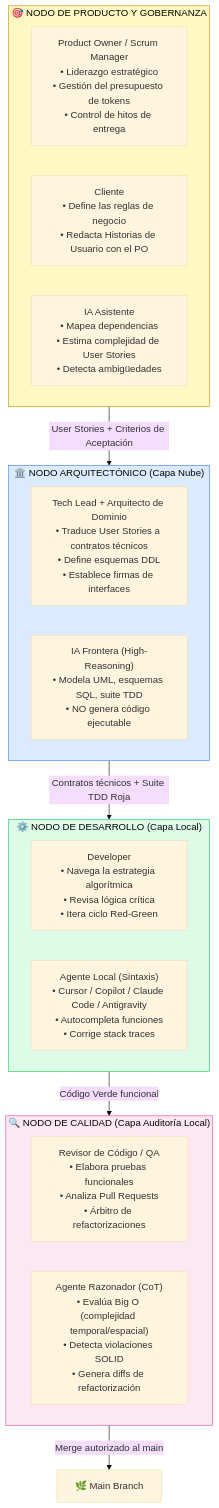
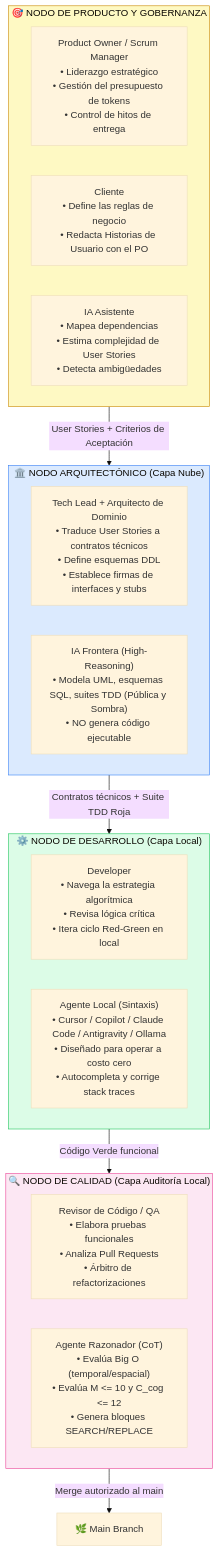
One commit to brunoguzman-dev/H-AXP changed the second of 2 diagrams in docs/04-fundamentos-topologia.md. Above: the diagram before and after it, drawn with Mermaid (base theme). The commit also changed other lines of this file and 20 other files, not shown here.

````diff
--- a/docs/04-fundamentos-topologia.md
+++ b/docs/04-fundamentos-topologia.md
@@ -60,33 +60,33 @@
 ```mermaid
 graph TB
     subgraph NODO_PRODUCTO["🎯 NODO DE PRODUCTO Y GOBERNANZA"]
         PO["Product Owner / Scrum Manager\n• Liderazgo estratégico\n• Gestión del presupuesto de tokens\n• Control de hitos de entrega"]
         CLI["Cliente\n• Define las reglas de negocio\n• Redacta Historias de Usuario con el PO"]
         IA_PO["IA Asistente\n• Mapea dependencias\n• Estima complejidad de User Stories\n• Detecta ambigüedades"]
     end
 
     subgraph NODO_ARQ["🏛️ NODO ARQUITECTÓNICO (Capa Nube)"]
-        TL["Tech Lead + Arquitecto de Dominio\n• Traduce User Stories a contratos técnicos\n• Define esquemas DDL\n• Establece firmas de interfaces"]
-        IA_NUBE["IA Frontera (High-Reasoning)\n• Modela UML, esquemas SQL, suite TDD\n• NO genera código ejecutable"]
+        TL["Tech Lead + Arquitecto de Dominio\n• Traduce User Stories a contratos técnicos\n• Define esquemas DDL\n• Establece firmas de interfaces y stubs"]
+        IA_NUBE["IA Frontera (High-Reasoning)\n• Modela UML, esquemas SQL, suites TDD (Pública y Sombra)\n• NO genera código ejecutable"]
     end
 
     subgraph NODO_DEV["⚙️ NODO DE DESARROLLO (Capa Local)"]
-        DEV["Developer\n• Navega la estrategia algorítmica\n• Revisa lógica crítica\n• Itera ciclo Red-Green"]
-        IA_LOCAL["Agente Local (Sintaxis)\n• Cursor / Copilot / Claude Code / Antigravity\n• Autocompleta funciones\n• Corrige stack traces"]
+        DEV["Developer\n• Navega la estrategia algorítmica\n• Revisa lógica crítica\n• Itera ciclo Red-Green en local"]
+        IA_LOCAL["Agente Local (Sintaxis)\n• Cursor / Copilot / Claude Code / Antigravity / Ollama\n• Diseñado para operar a costo cero\n• Autocompleta y corrige stack traces"]
     end
 
     subgraph NODO_QA["🔍 NODO DE CALIDAD (Capa Auditoría Local)"]
         QA["Revisor de Código / QA\n• Elabora pruebas funcionales\n• Analiza Pull Requests\n• Árbitro de refactorizaciones"]
-        IA_RAZON["Agente Razonador (CoT)\n• Evalúa Big O (complejidad temporal/espacial)\n• Detecta violaciones SOLID\n• Genera diffs de refactorización"]
+        IA_RAZON["Agente Razonador (CoT)\n• Evalúa Big O (temporal/espacial)\n• Evalúa M <= 10 y C_cog <= 12\n• Genera bloques SEARCH/REPLACE"]
     end
 
     NODO_PRODUCTO -->|"User Stories + Criterios de Aceptación"| NODO_ARQ
     NODO_ARQ -->|"Contratos técnicos + Suite TDD Roja"| NODO_DEV
     NODO_DEV -->|"Código Verde funcional"| NODO_QA
     NODO_QA -->|"Merge autorizado al main"| MAIN["🌿 Main Branch"]
 
     style NODO_PRODUCTO fill:#fef9c3,stroke:#ca8a04
     style NODO_ARQ fill:#dbeafe,stroke:#3b82f6
     style NODO_DEV fill:#dcfce7,stroke:#22c55e
     style NODO_QA fill:#fce7f3,stroke:#ec4899
 ```
````
